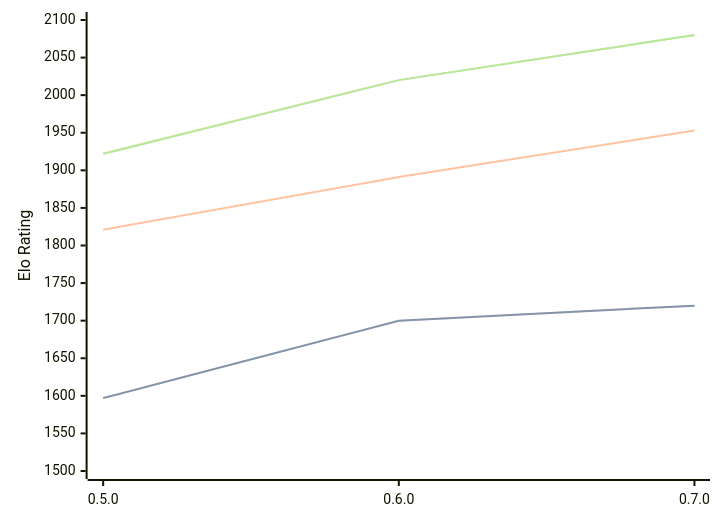
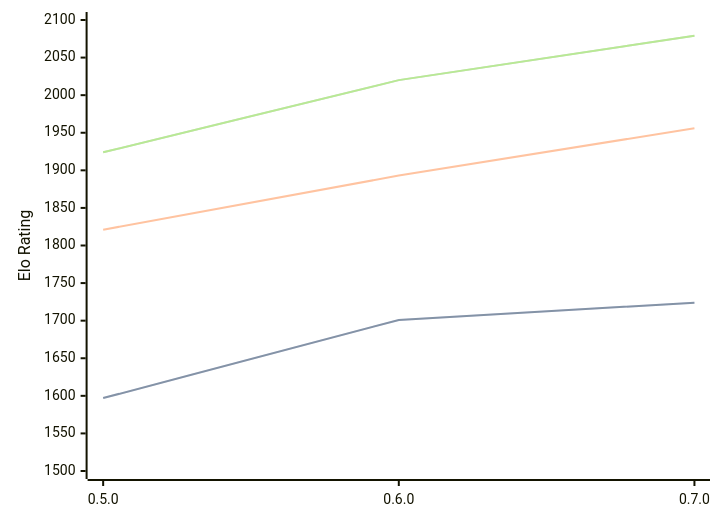
One commit to computer-chess-index/cci changed the diagram in engines/Chess-rs.md. Above: the diagram before and after it, drawn with Mermaid. The commit also changed other lines of this file, not shown here.

Commit message:
Update CCI Ratings (ELO VLTC) - 2026-05-04

````diff
--- a/engines/Chess-rs.md
+++ b/engines/Chess-rs.md
@@ -41,11 +41,11 @@
 ```mermaid
 %%{init: {"theme":"base","themeVariables":{"seriesColors:['#a3a3a3','#222221','#faa371']}}}%%
 xychart-beta
   x-axis ["0.5.0", "0.6.0", "0.7.0"]
   y-axis "Elo Rating" 1500 --> 2100
-  line "STC (8.0+0.08s)" [1597, 1700, 1720]
-  line "STC (8.0+0.08s)" [1597, 1700, 1720]
-  line "LTC (60.0+0.60s)" [1821, 1891, 1953]
-  line "VLTC (2m24s+1.12s)" [1922, 2020, 2080]
-  line "VLTC (2m24s+1.12s)" [1922, 2020, 2080]
+  line "STC (8.0+0.08s)" [1597, 1701, 1724]
+  line "STC (8.0+0.08s)" [1597, 1701, 1724]
+  line "LTC (60.0+0.60s)" [1821, 1893, 1956]
+  line "VLTC (2m24s+1.12s)" [1924, 2020, 2079]
+  line "VLTC (2m24s+1.12s)" [1924, 2020, 2079]
 ```
````
